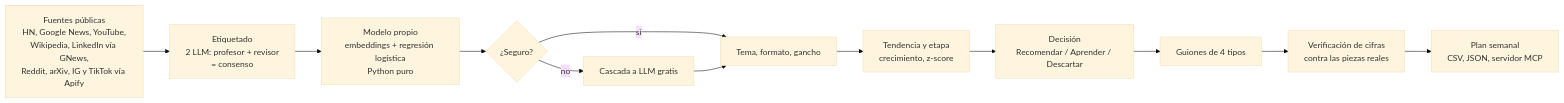
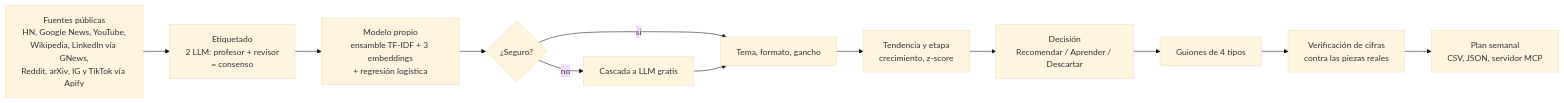
The diagram in README.md (P1p2gamer26/radar-30x), drawn with Mermaid (base theme) before and after one commit. The commit also changed other lines of this file and 5 other files, not shown here.

````diff
--- a/README.md
+++ b/README.md
@@ -34,14 +34,14 @@
 ```mermaid
 flowchart LR
   A[Fuentes públicas<br/>HN, Google News, YouTube,<br/>Wikipedia, LinkedIn vía GNews,<br/>Reddit, arXiv, IG y TikTok vía Apify] --> B[Etiquetado<br/>2 LLM: profesor + revisor<br/>= consenso]
-  B --> C[Modelo propio<br/>embeddings + regresión logística<br/>Python puro]
+  B --> C[Modelo propio<br/>ensamble TF-IDF + 3 embeddings<br/>+ regresión logística]
   C --> D{¿Seguro?}
   D -- sí --> F[Tema, formato, gancho]
   D -- no --> E[Cascada a LLM gratis]
   E --> F
   F --> G[Tendencia y etapa<br/>crecimiento, z-score]
   G --> H[Decisión<br/>Recomendar / Aprender / Descartar]
   H --> I[Guiones de 4 tipos]
   I --> J[Verificación de cifras<br/>contra las piezas reales]
   J --> K[Plan semanal<br/>CSV, JSON, servidor MCP]
 ```
````
